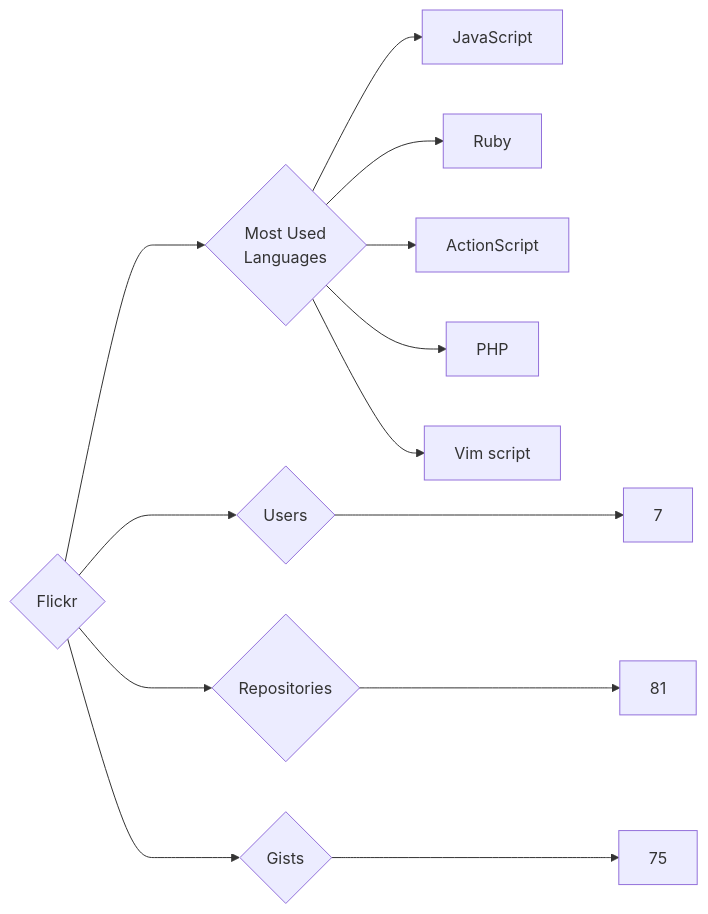
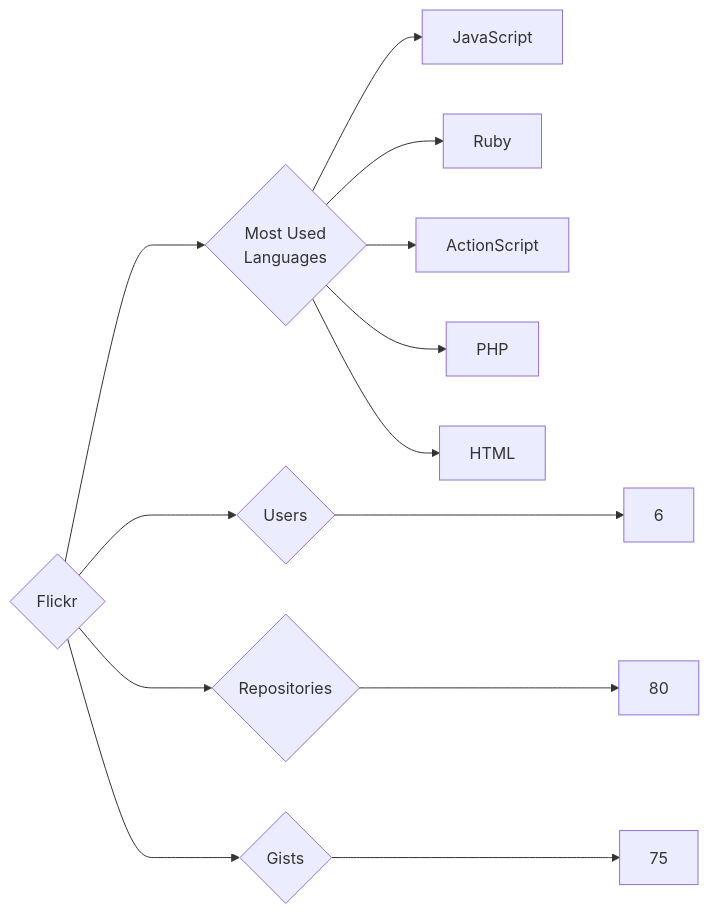
One commit to trickest/insiders changed the diagram in targets/Flickr/README.md. Above: the diagram before and after it, drawn with Mermaid. The commit also changed 924 other files, not shown here.

````diff
--- a/targets/Flickr/README.md
+++ b/targets/Flickr/README.md
@@ -3,13 +3,13 @@
 ```mermaid
 graph LR
 COMPANY_NAME{Flickr}
-COMPANY_NAME ---> U{Users} ---> UN[7]
-COMPANY_NAME ---> R{Repositories} ---> RN[81]
+COMPANY_NAME ---> U{Users} ---> UN[6]
+COMPANY_NAME ---> R{Repositories} ---> RN[80]
 COMPANY_NAME ---> G{Gists} ---> GN[75]
 COMPANY_NAME ---> ML{Most Used<br>Languages}
 ML --> JavaScript[JavaScript]
 ML --> Ruby[Ruby]
 ML --> ActionScript[ActionScript]
 ML --> PHP[PHP]
-ML --> Vim_script[Vim script]
+ML --> HTML[HTML]
 ```
````
